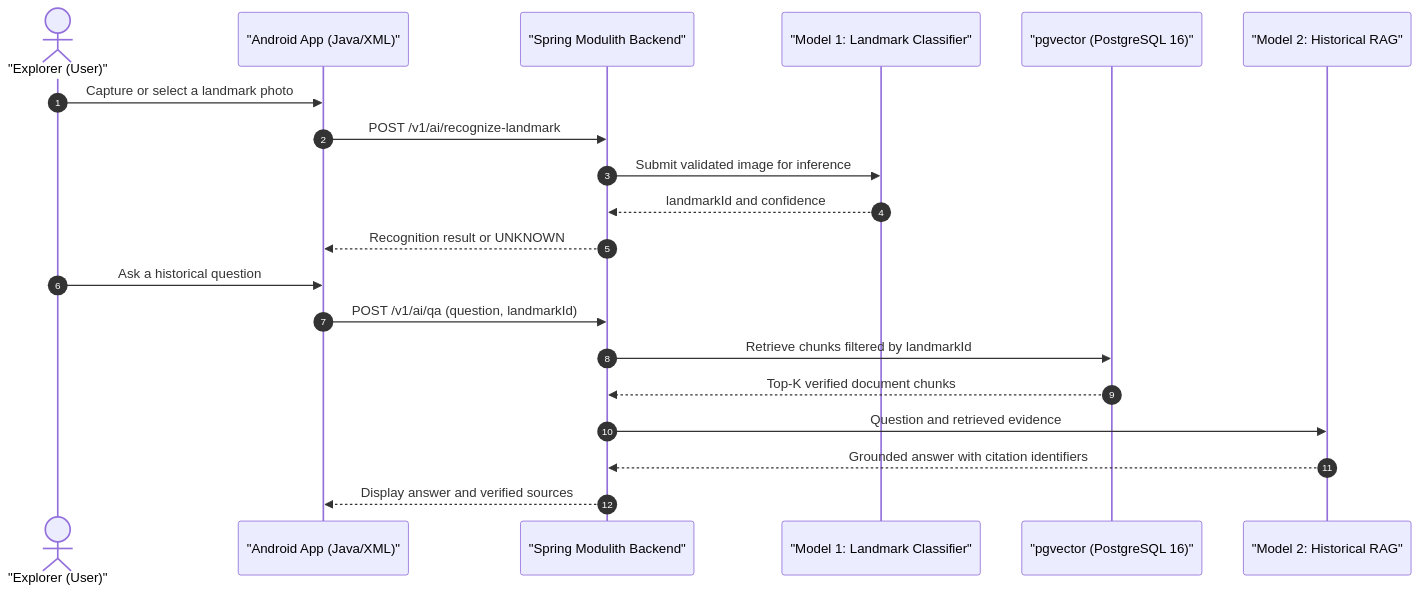
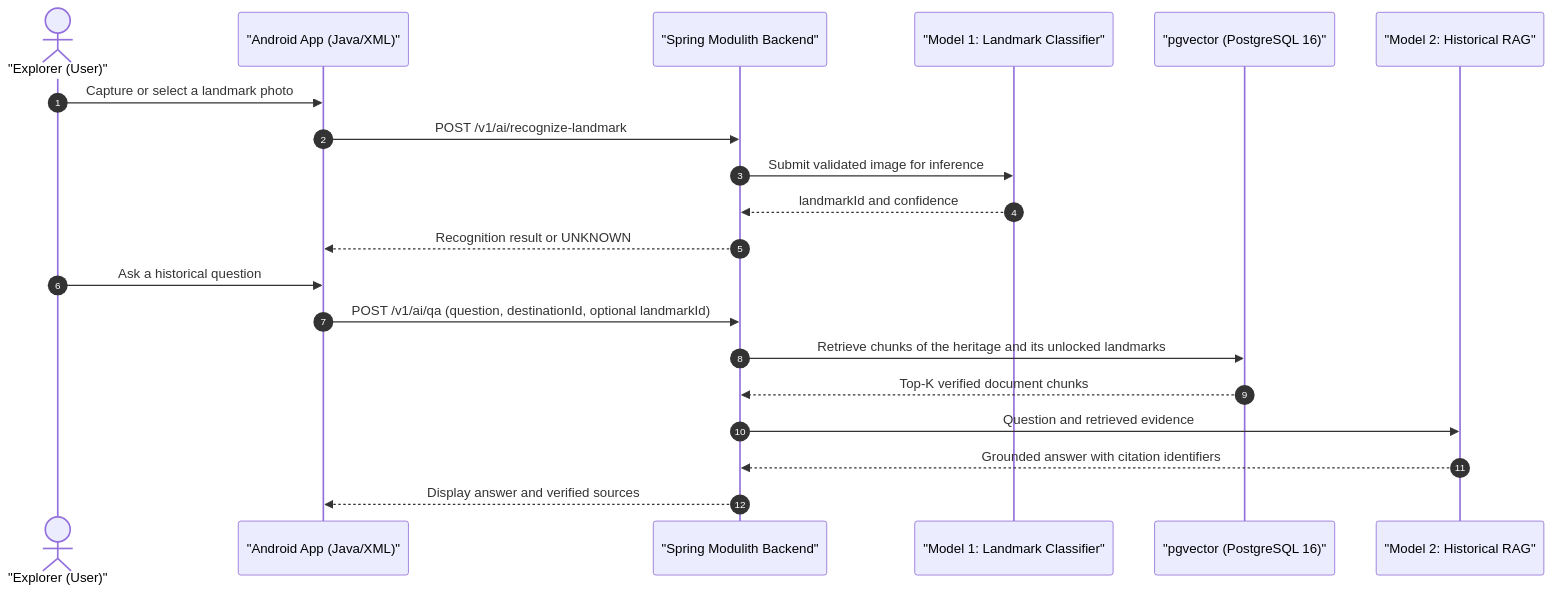
One commit to NMH1203/HanoiLens changed the fourth of 7 diagrams in docs/ARCHITECTURE.md. Above: the diagram before and after it, drawn with Mermaid. The commit also changed other lines of this file and 24 other files, not shown here.

````diff
--- a/docs/ARCHITECTURE.md
+++ b/docs/ARCHITECTURE.md
@@ -252,24 +258,24 @@
 ```mermaid
 sequenceDiagram
     autonumber
     actor U as "Explorer (User)"
     participant APP as "Android App (Java/XML)"
     participant SB as "Spring Modulith Backend"
     participant VIS as "Model 1: Landmark Classifier"
     participant VEC as "pgvector (PostgreSQL 16)"
     participant RAG as "Model 2: Historical RAG"
 
     U->>APP: Capture or select a landmark photo
     APP->>SB: POST /v1/ai/recognize-landmark
     SB->>VIS: Submit validated image for inference
     VIS-->>SB: landmarkId and confidence
     SB-->>APP: Recognition result or UNKNOWN
 
     U->>APP: Ask a historical question
-    APP->>SB: POST /v1/ai/qa (question, landmarkId)
-    SB->>VEC: Retrieve chunks filtered by landmarkId
+    APP->>SB: POST /v1/ai/qa (question, destinationId, optional landmarkId)
+    SB->>VEC: Retrieve chunks of the heritage and its unlocked landmarks
     VEC-->>SB: Top-K verified document chunks
     SB->>RAG: Question and retrieved evidence
     RAG-->>SB: Grounded answer with citation identifiers
     SB-->>APP: Display answer and verified sources
 ```
````
